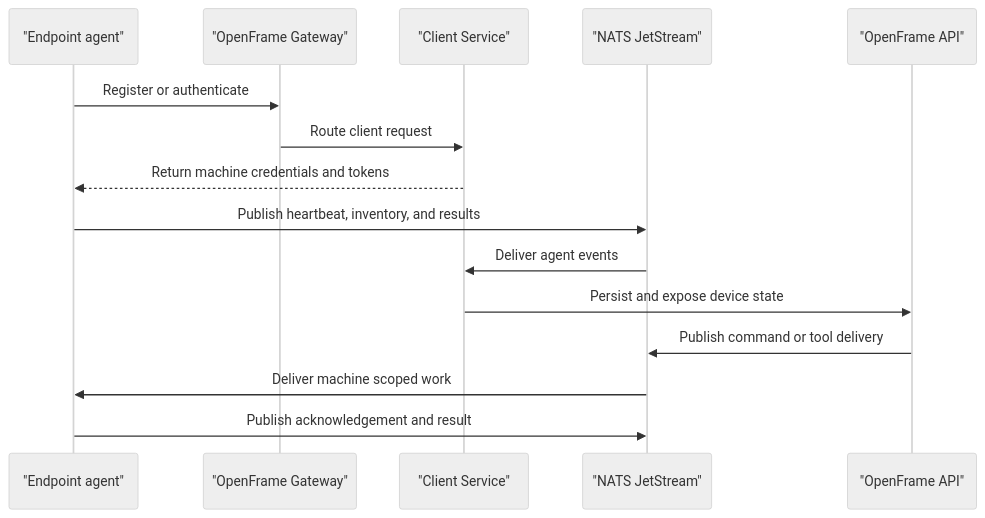
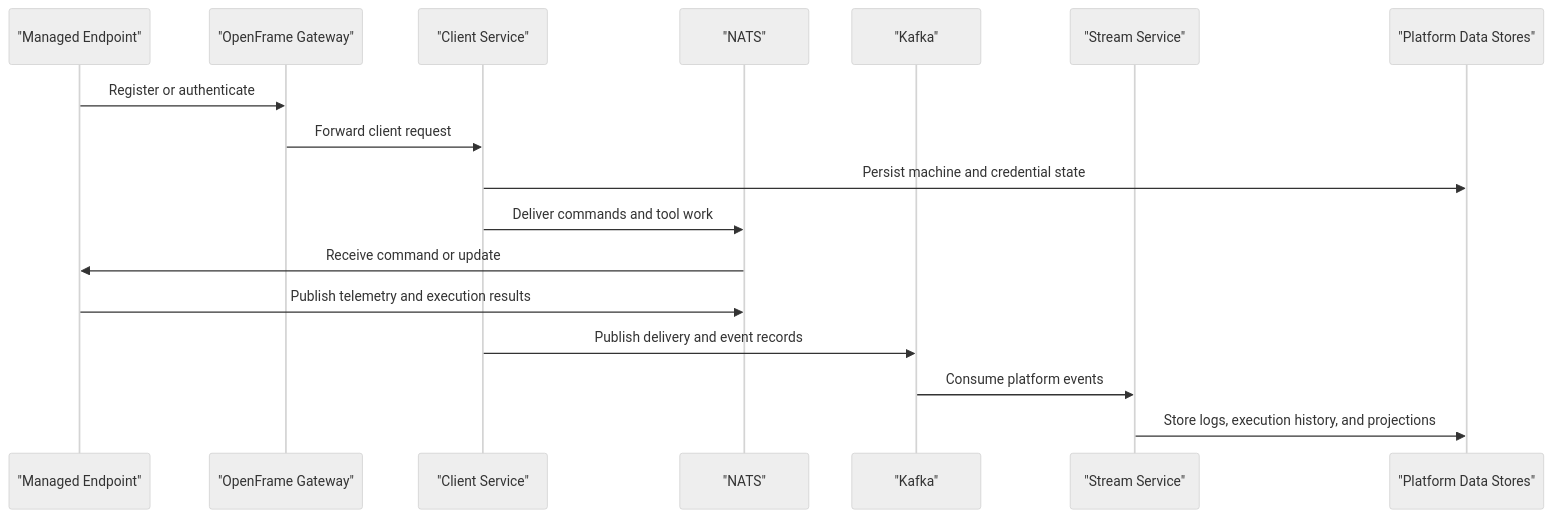
Before and after one commit to flamingo-stack/openframe-oss-tenant: the third of 5 diagrams in docs/development/architecture/README.md, drawn with Mermaid (neutral theme). The commit also changed other lines of this file and 2377 other files, not shown here.

````diff
--- a/docs/development/architecture/README.md
+++ b/docs/development/architecture/README.md
@@ -89,20 +77,20 @@
 ```mermaid
 sequenceDiagram
-    participant Agent as "Endpoint agent"
+    participant Endpoint as "Managed Endpoint"
     participant Gateway as "OpenFrame Gateway"
     participant Client as "Client Service"
-    participant Nats as "NATS JetStream"
-    participant Api as "OpenFrame API"
+    participant Nats as "NATS"
+    participant Kafka as "Kafka"
+    participant Stream as "Stream Service"
+    participant Data as "Platform Data Stores"
 
-    Agent->>Gateway: Register or authenticate
-    Gateway->>Client: Route client request
-    Client-->>Agent: Return machine credentials and tokens
-
-    Agent->>Nats: Publish heartbeat, inventory, and results
-    Nats->>Client: Deliver agent events
-    Client->>Api: Persist and expose device state
-
-    Api->>Nats: Publish command or tool delivery
-    Nats->>Agent: Deliver machine scoped work
-    Agent->>Nats: Publish acknowledgement and result
+    Endpoint->>Gateway: Register or authenticate
+    Gateway->>Client: Forward client request
+    Client->>Data: Persist machine and credential state
+    Client->>Nats: Deliver commands and tool work
+    Nats->>Endpoint: Receive command or update
+    Endpoint->>Nats: Publish telemetry and execution results
+    Client->>Kafka: Publish delivery and event records
+    Kafka->>Stream: Consume platform events
+    Stream->>Data: Store logs, execution history, and projections
 ```
````
